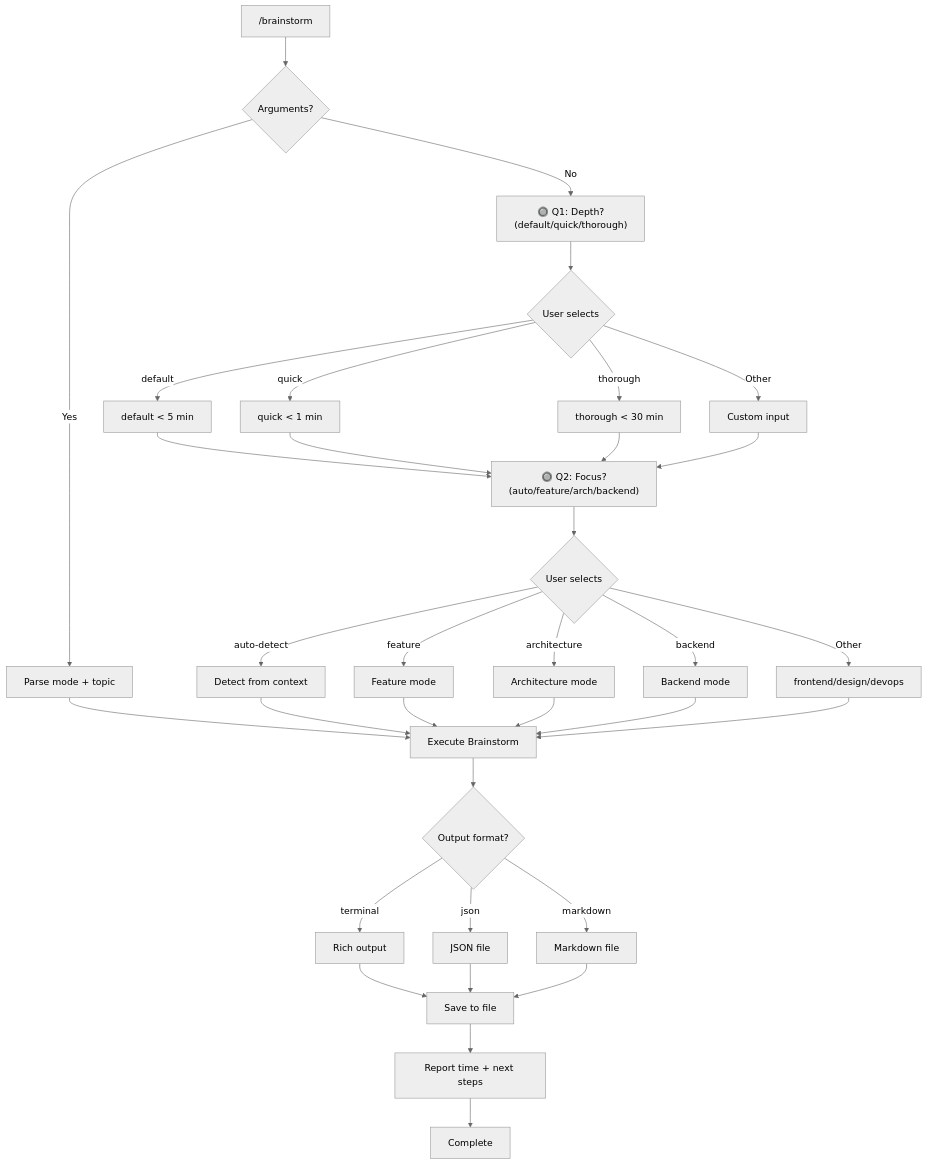
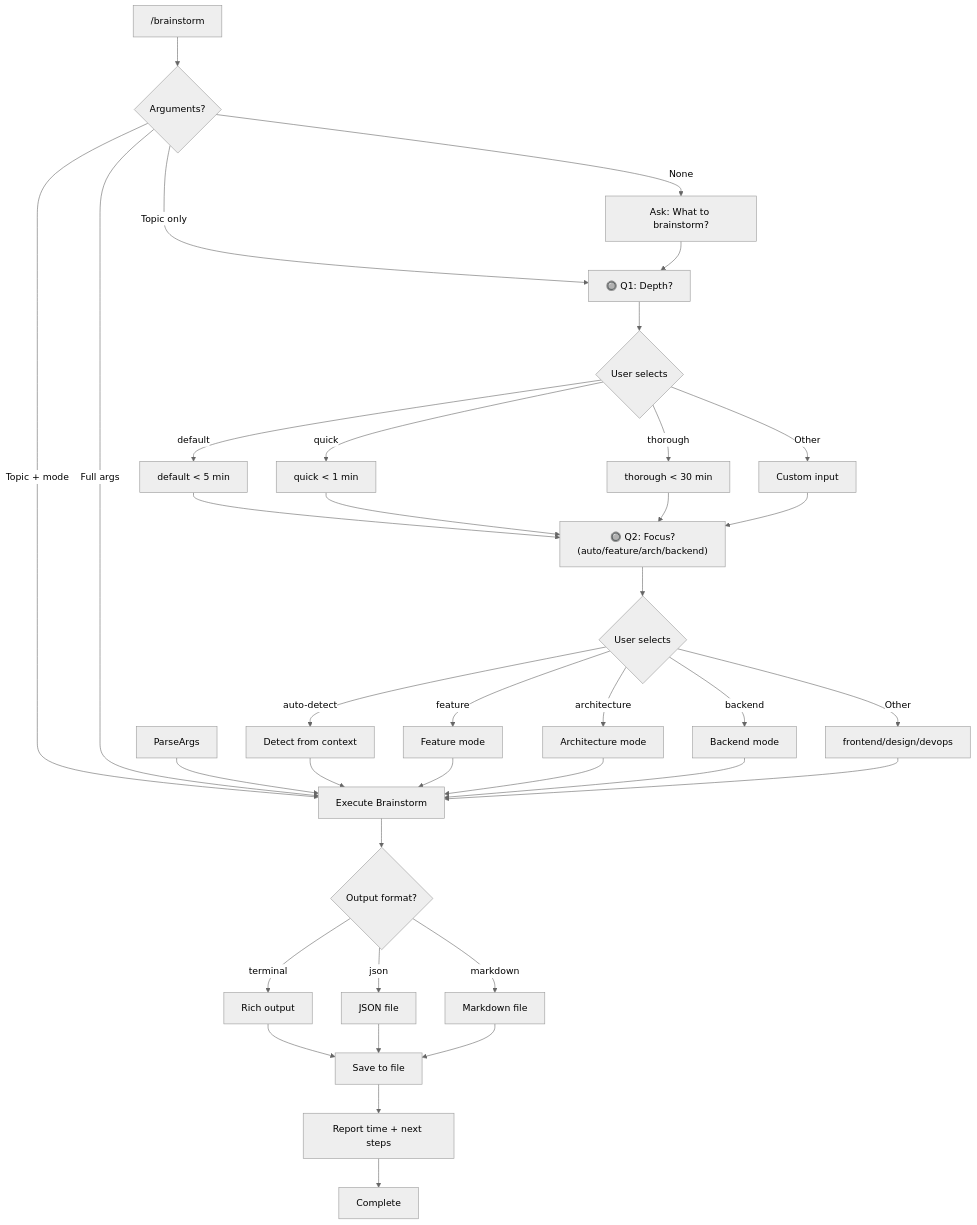
Before and after one commit to Data-Wise/craft: the diagram in workflow/commands/brainstorm.md, drawn with Mermaid (neutral theme). The commit also changed other lines of this file and 2 other files, not shown here.

First line of the commit message:
fix(workflow): topic first, then menus for brainstorm

````diff
--- a/workflow/commands/brainstorm.md
+++ b/workflow/commands/brainstorm.md
@@ -433,44 +439,48 @@
 ```mermaid
 flowchart TD
     Start["/brainstorm"] --> HasArgs{Arguments?}
 
-    HasArgs -->|Yes| ParseArgs[Parse mode + topic]
-    HasArgs -->|No| DepthQ["🔘 Q1: Depth?<br/>(default/quick/thorough)"]
+    HasArgs -->|None| AskTopic["Ask: What to brainstorm?"]
+    HasArgs -->|Topic only| DepthQ["🔘 Q1: Depth?"]
+    HasArgs -->|Topic + mode| Execute
+    HasArgs -->|Full args| Execute
+
+    AskTopic --> DepthQ
 
     DepthQ --> SelectDepth{User selects}
     SelectDepth -->|default| DefaultDepth[default < 5 min]
     SelectDepth -->|quick| QuickDepth[quick < 1 min]
     SelectDepth -->|thorough| ThoroughDepth[thorough < 30 min]
     SelectDepth -->|Other| CustomDepth[Custom input]
 
     DefaultDepth --> FocusQ["🔘 Q2: Focus?<br/>(auto/feature/arch/backend)"]
     QuickDepth --> FocusQ
     ThoroughDepth --> FocusQ
     CustomDepth --> FocusQ
 
     FocusQ --> SelectFocus{User selects}
     SelectFocus -->|auto-detect| AutoFocus[Detect from context]
     SelectFocus -->|feature| FeatureFocus[Feature mode]
     SelectFocus -->|architecture| ArchFocus[Architecture mode]
     SelectFocus -->|backend| BackendFocus[Backend mode]
     SelectFocus -->|Other| CustomFocus[frontend/design/devops]
 
     ParseArgs --> Execute
     AutoFocus --> Execute
     FeatureFocus --> Execute
     ArchFocus --> Execute
     BackendFocus --> Execute
     CustomFocus --> Execute
 
     Execute[Execute Brainstorm] --> Format{Output format?}
     Format -->|terminal| Terminal[Rich output]
     Format -->|json| JSON[JSON file]
     Format -->|markdown| Markdown[Markdown file]
 
     Terminal --> Save[Save to file]
     JSON --> Save
     Markdown --> Save
 
     Save --> Report["Report time + next steps"]
     Report --> End[Complete]
 ```
````
